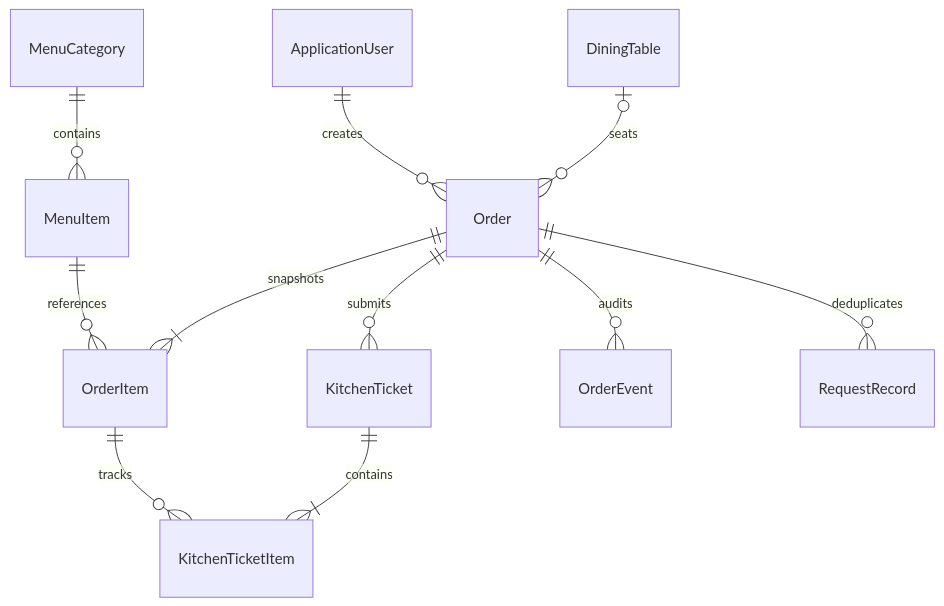
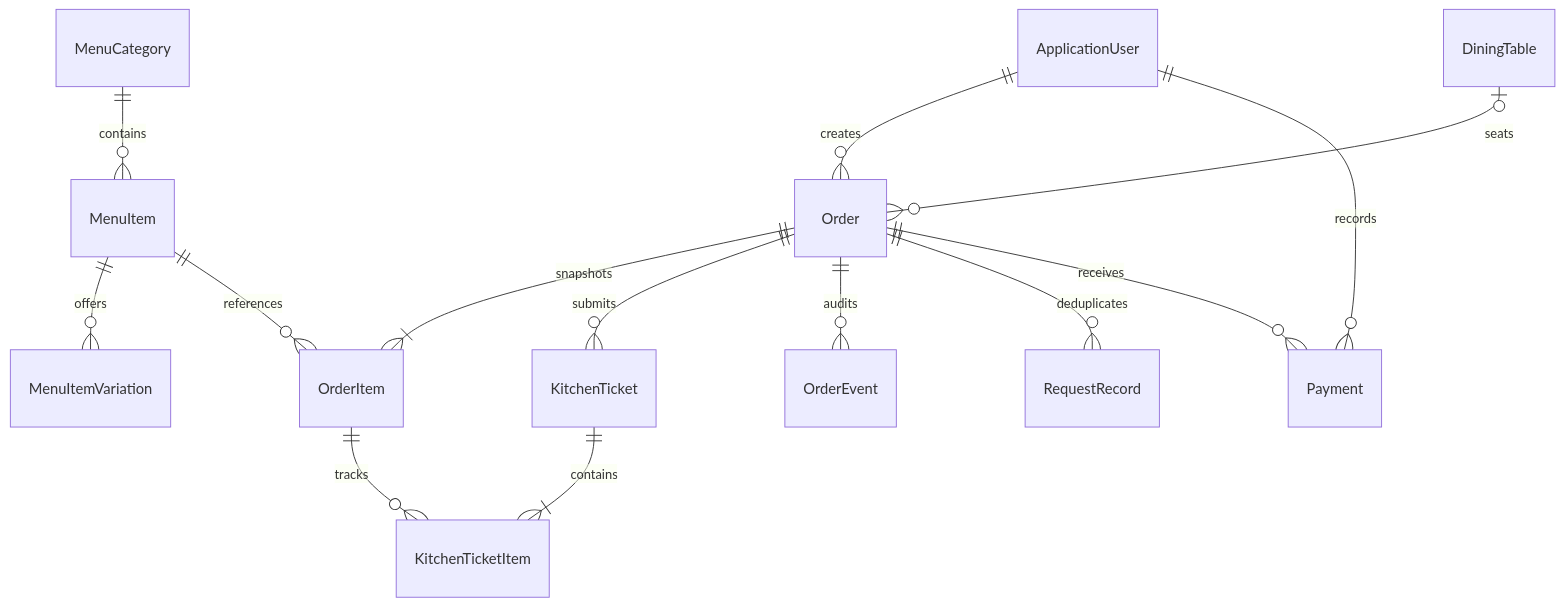
One commit to ZHirong05/335_Order changed the first of 2 diagrams in docs/ERD.md. Above: the diagram before and after it, drawn with Mermaid. The commit also changed other lines of this file and 23 other files, not shown here.

````diff
--- a/docs/ERD.md
+++ b/docs/ERD.md
@@ -5,13 +5,16 @@
 ```mermaid
 erDiagram
     ApplicationUser ||--o{ Order : creates
     DiningTable o|--o{ Order : seats
     MenuCategory ||--o{ MenuItem : contains
+    MenuItem ||--o{ MenuItemVariation : offers
     MenuItem ||--o{ OrderItem : references
     Order ||--|{ OrderItem : snapshots
     Order ||--o{ KitchenTicket : submits
     KitchenTicket ||--|{ KitchenTicketItem : contains
     OrderItem ||--o{ KitchenTicketItem : tracks
     Order ||--o{ OrderEvent : audits
     Order ||--o{ RequestRecord : deduplicates
+    Order ||--o{ Payment : receives
+    ApplicationUser ||--o{ Payment : records
 ```
````
